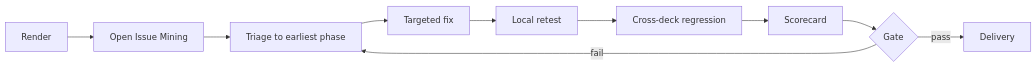
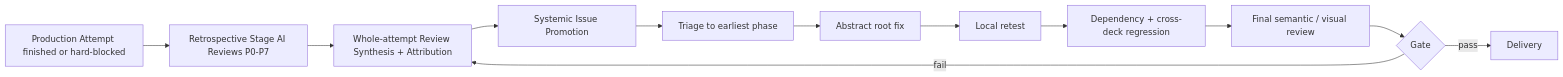
Before and after one commit to rv198-star/Slidethus: the diagram in docs/05-quality-system.md, drawn with Mermaid. The commit also changed other lines of this file and 102 other files, not shown here.

````diff
--- a/docs/05-quality-system.md
+++ b/docs/05-quality-system.md
@@ -180,12 +193,14 @@
 ```mermaid
 flowchart LR
-    R[Render] --> A[Open Issue Mining]
-    A --> T[Triage to earliest phase]
-    T --> F[Targeted fix]
+    D[Production Attempt finished or hard-blocked] --> R[Retrospective Stage AI Reviews P0-P7]
+    R --> S[Whole-attempt Review Synthesis + Attribution]
+    S --> P[Systemic Issue Promotion]
+    P --> T[Triage to earliest phase]
+    T --> F[Abstract root fix]
     F --> L[Local retest]
-    L --> C[Cross-deck regression]
-    C --> S[Scorecard]
-    S --> G{Gate}
-    G -->|fail| T
-    G -->|pass| D[Delivery]
+    L --> C[Dependency + cross-deck regression]
+    C --> V[Final semantic / visual review]
+    V --> G{Gate}
+    G -->|fail| S
+    G -->|pass| X[Delivery]
 ```
````
